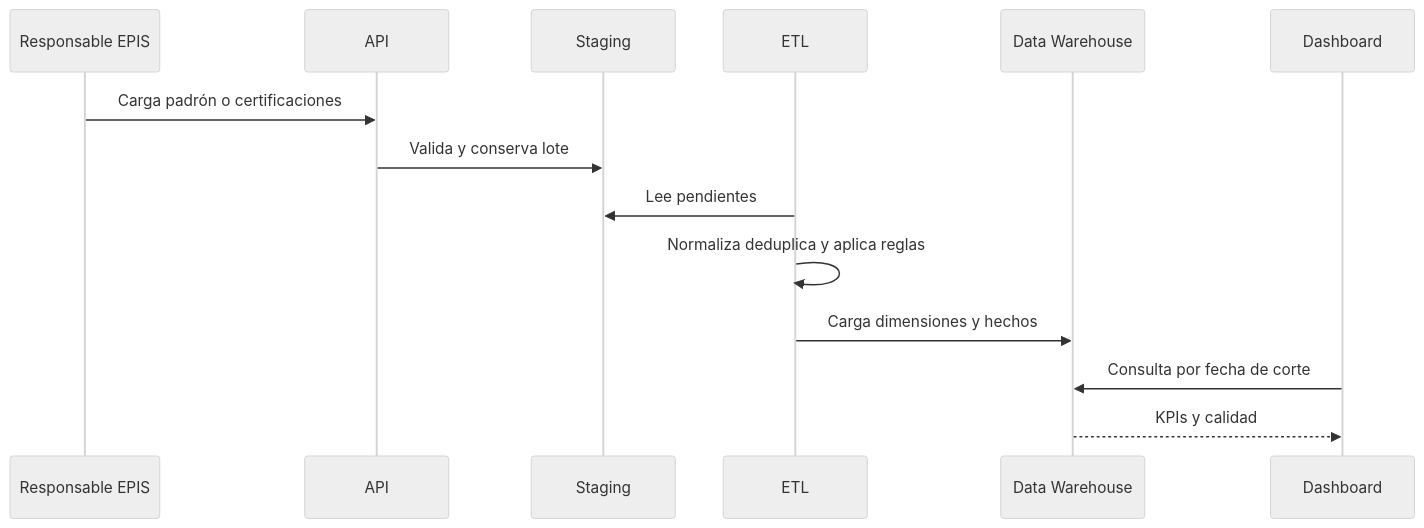
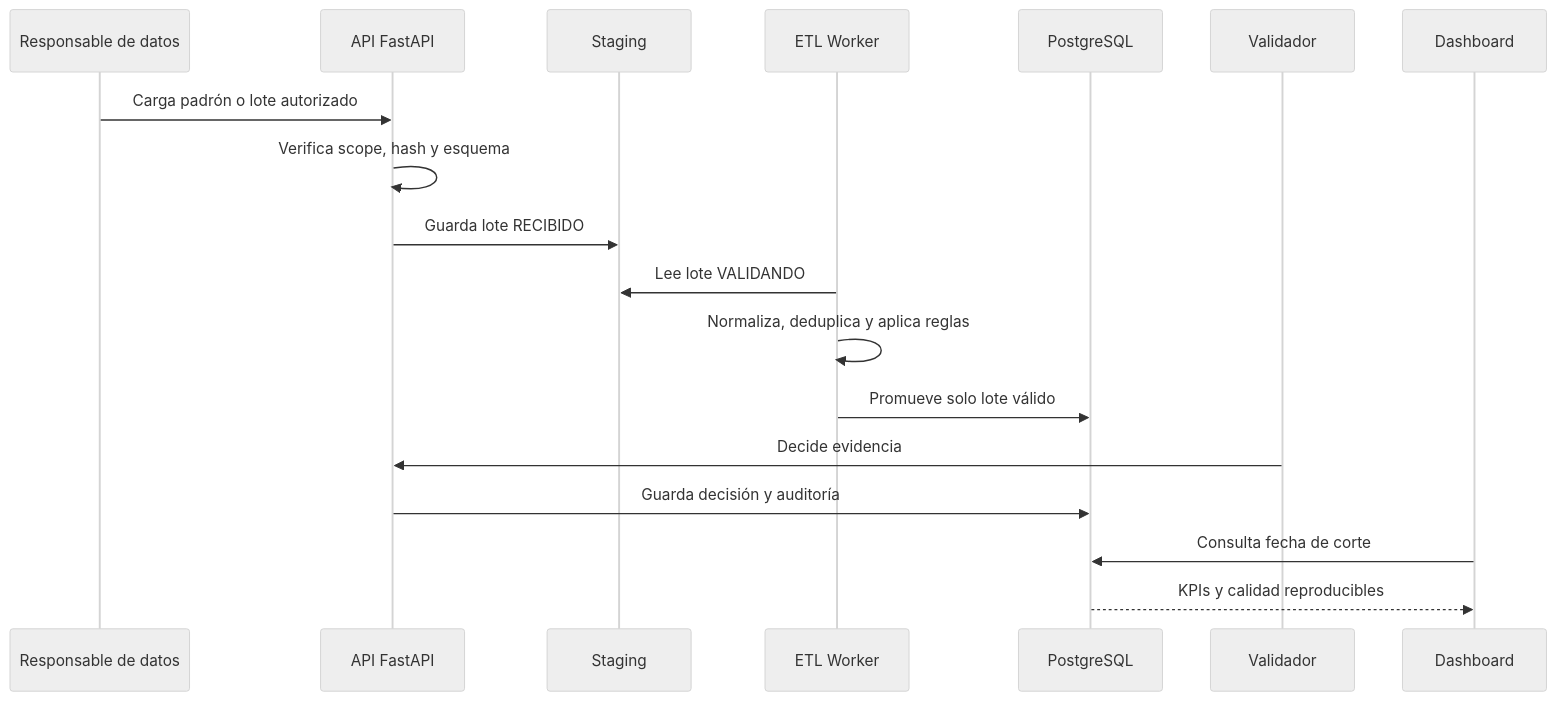
The fourth of 5 diagrams in docs/FD04-EPIS-Informe Arquitectura de Software.md (Kiara1616/pulse-epis), drawn with Mermaid (neutral theme) before and after one commit. The commit also changed other lines of this file, not shown here.

Commit message:
docs: complete FD04 software architecture

````diff
--- a/docs/FD04-EPIS-Informe Arquitectura de Software.md
+++ b/docs/FD04-EPIS-Informe Arquitectura de Software.md
@@ -82,16 +252,21 @@
 ```mermaid
 sequenceDiagram
-  participant R as Responsable EPIS
-  participant A as API
+  participant R as Responsable de datos
+  participant A as API FastAPI
   participant S as Staging
-  participant W as ETL
-  participant D as Data Warehouse
+  participant W as ETL Worker
+  participant D as PostgreSQL
+  participant V as Validador
   participant B as Dashboard
-  R->>A: Carga padrón o certificaciones
-  A->>S: Valida y conserva lote
-  W->>S: Lee pendientes
-  W->>W: Normaliza deduplica y aplica reglas
-  W->>D: Carga dimensiones y hechos
-  B->>D: Consulta por fecha de corte
-  D-->>B: KPIs y calidad
+
+  R->>A: Carga padrón o lote autorizado
+  A->>A: Verifica scope, hash y esquema
+  A->>S: Guarda lote RECIBIDO
+  W->>S: Lee lote VALIDANDO
+  W->>W: Normaliza, deduplica y aplica reglas
+  W->>D: Promueve solo lote válido
+  V->>A: Decide evidencia
+  A->>D: Guarda decisión y auditoría
+  B->>D: Consulta fecha de corte
+  D-->>B: KPIs y calidad reproducibles
 ```
````
